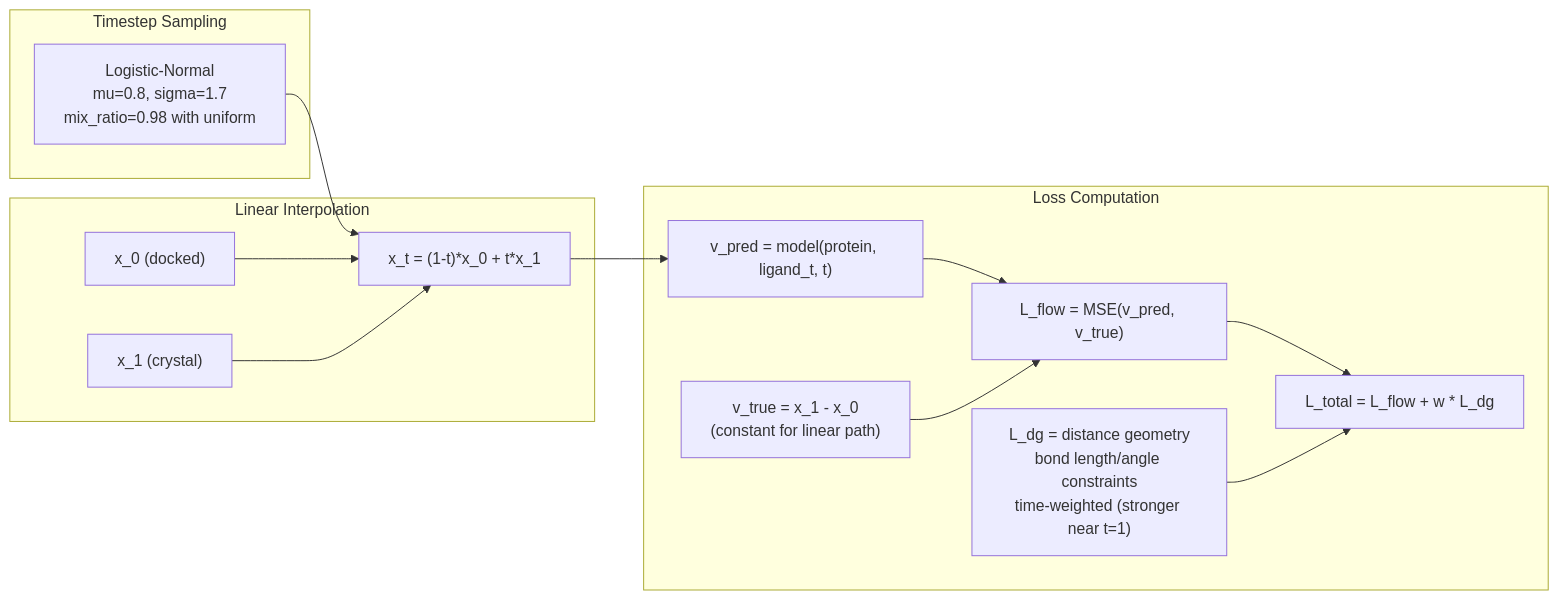
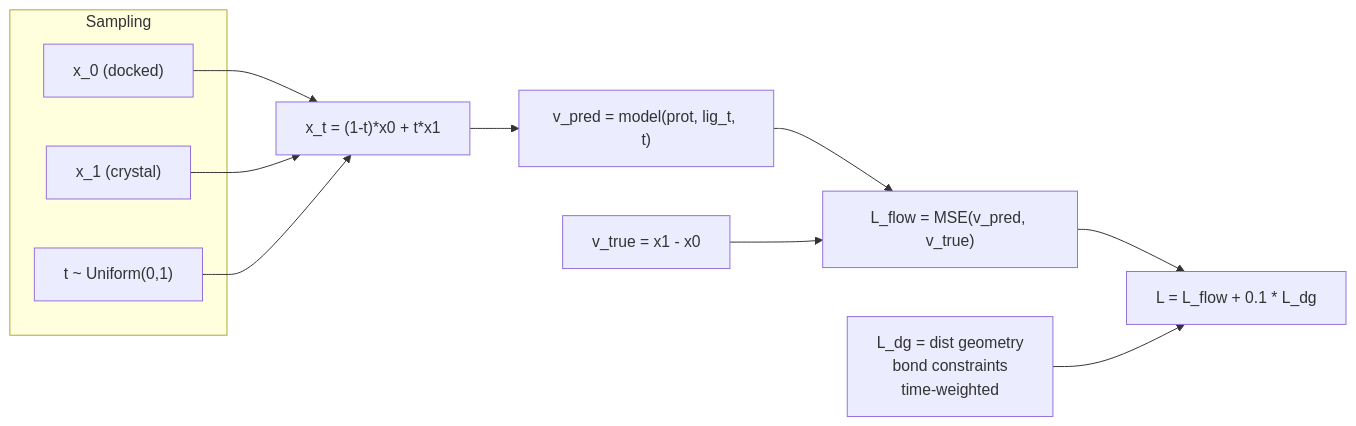
Before and after one commit to eightmm/FlowFix: the sixth of 7 diagrams in reports/architecture.md, drawn with Mermaid. The commit also changed other lines of this file and 2 other files, not shown here.

First line of the commit message:
Fix architecture docs to match trained model (joint graph, not cross-attention)

````diff
--- a/reports/architecture.md
+++ b/reports/architecture.md
@@ -265,27 +206,22 @@
 ```mermaid
 flowchart LR
-    subgraph sampling["Timestep Sampling"]
-        TS["Logistic-Normal<br/>mu=0.8, sigma=1.7<br/>mix_ratio=0.98 with uniform"]
+    subgraph sample["Sampling"]
+        X0["x_0 (docked)"]
+        X1["x_1 (crystal)"]
+        T["t ~ Uniform(0,1)"]
     end
 
-    subgraph interpolation["Linear Interpolation"]
-        X0["x_0 (docked)"]
-        X1["x_1 (crystal)"]
-        XT["x_t = (1-t)*x_0 + t*x_1"]
-    end
+    INTERP["x_t = (1-t)*x0 + t*x1"]
+    FWD["v_pred = model(prot, lig_t, t)"]
+    VT["v_true = x1 - x0"]
+    MSE["L_flow = MSE(v_pred, v_true)"]
+    DG["L_dg = dist geometry<br/>bond constraints<br/>time-weighted"]
+    TOTAL["L = L_flow + 0.1 * L_dg"]
 
-    subgraph loss["Loss Computation"]
-        VP["v_pred = model(protein, ligand_t, t)"]
-        VT["v_true = x_1 - x_0<br/>(constant for linear path)"]
-        MSE["L_flow = MSE(v_pred, v_true)"]
-        DG["L_dg = distance geometry<br/>bond length/angle constraints<br/>time-weighted (stronger near t=1)"]
-        TOTAL["L_total = L_flow + w * L_dg"]
-    end
-
-    TS --> XT
-    X0 --> XT
-    X1 --> XT
-    XT --> VP --> MSE --> TOTAL
+    X0 --> INTERP
+    X1 --> INTERP
+    T --> INTERP
+    INTERP --> FWD --> MSE --> TOTAL
     VT --> MSE
     DG --> TOTAL
 ```
````
